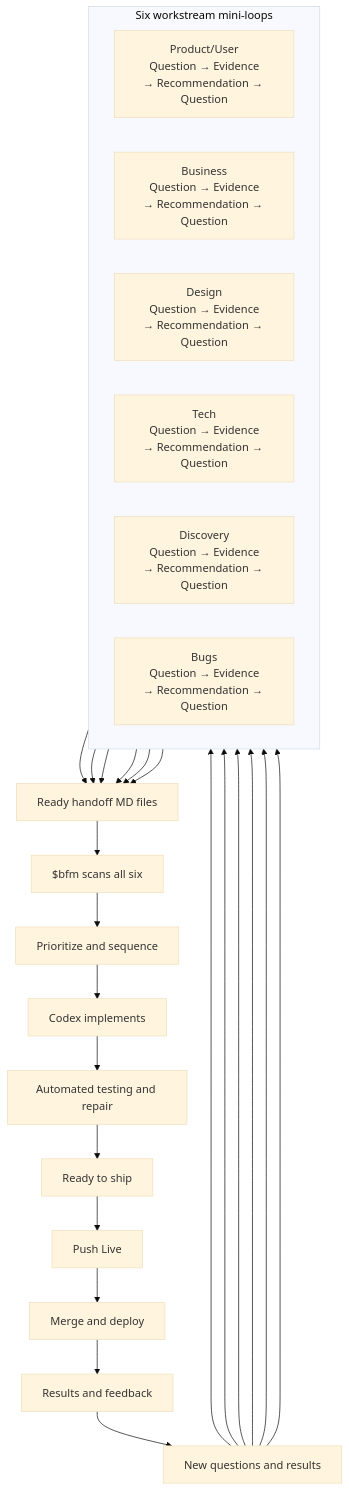
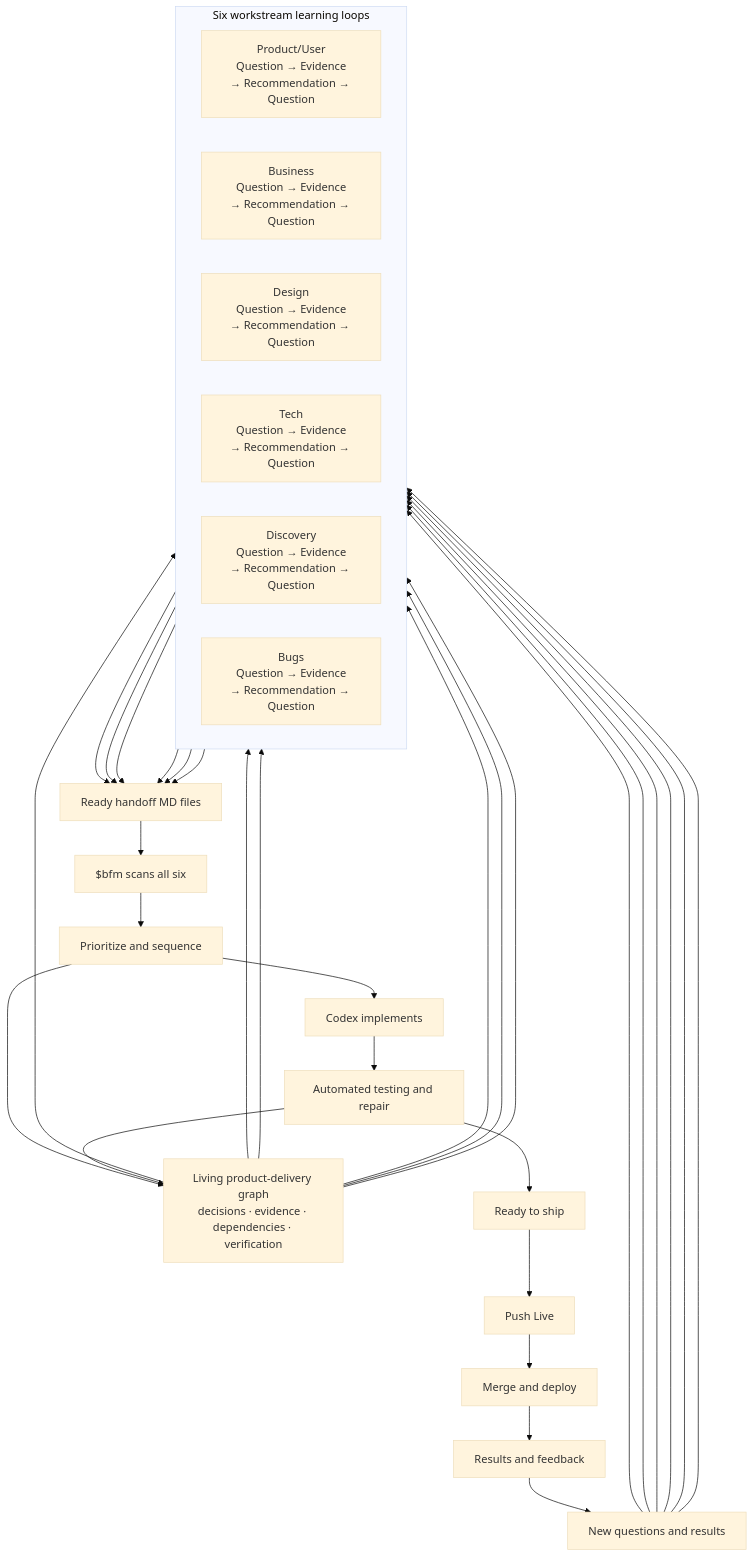
Before and after one commit to friedbeef1/fb-lane-coordination: the diagram in README.md, drawn with Mermaid (base theme). The commit also changed other lines of this file and 40 other files, not shown here.

Commit message:
feat: position FB as graph engineering

````diff
--- a/README.md
+++ b/README.md
@@ -93,37 +106,46 @@
 ```mermaid
 flowchart TB
-    subgraph M["Six workstream mini-loops"]
+    G["Living product-delivery graph<br/>decisions · evidence · dependencies · verification"]
+    subgraph M["Six workstream learning loops"]
         direction LR
         PU["Product/User<br/>Question → Evidence<br/>→ Recommendation → Question"]
         BU["Business<br/>Question → Evidence<br/>→ Recommendation → Question"]
         DE["Design<br/>Question → Evidence<br/>→ Recommendation → Question"]
         TE["Tech<br/>Question → Evidence<br/>→ Recommendation → Question"]
         DI["Discovery<br/>Question → Evidence<br/>→ Recommendation → Question"]
         BG["Bugs<br/>Question → Evidence<br/>→ Recommendation → Question"]
     end
 
+    G --> PU
+    G --> BU
+    G --> DE
+    G --> TE
+    G --> DI
+    G --> BG
     PU --> H
     BU --> H
     DE --> H
     TE --> H
     DI --> H
     BG --> H
     H["Ready handoff MD files"]
     B["$bfm scans all six"]
     P["Prioritize and sequence"]
     C["Codex implements"]
     T["Automated testing and repair"]
     S["Ready to ship"]
     L["Push Live"]
     D["Merge and deploy"]
     F["Results and feedback"]
     N["New questions and results"]
     H --> B --> P --> C --> T --> S --> L --> D --> F
+    P --> G
+    T --> G
     F --> N
     N --> PU
     N --> BU
     N --> DE
     N --> TE
     N --> DI
     N --> BG
 ```
````
